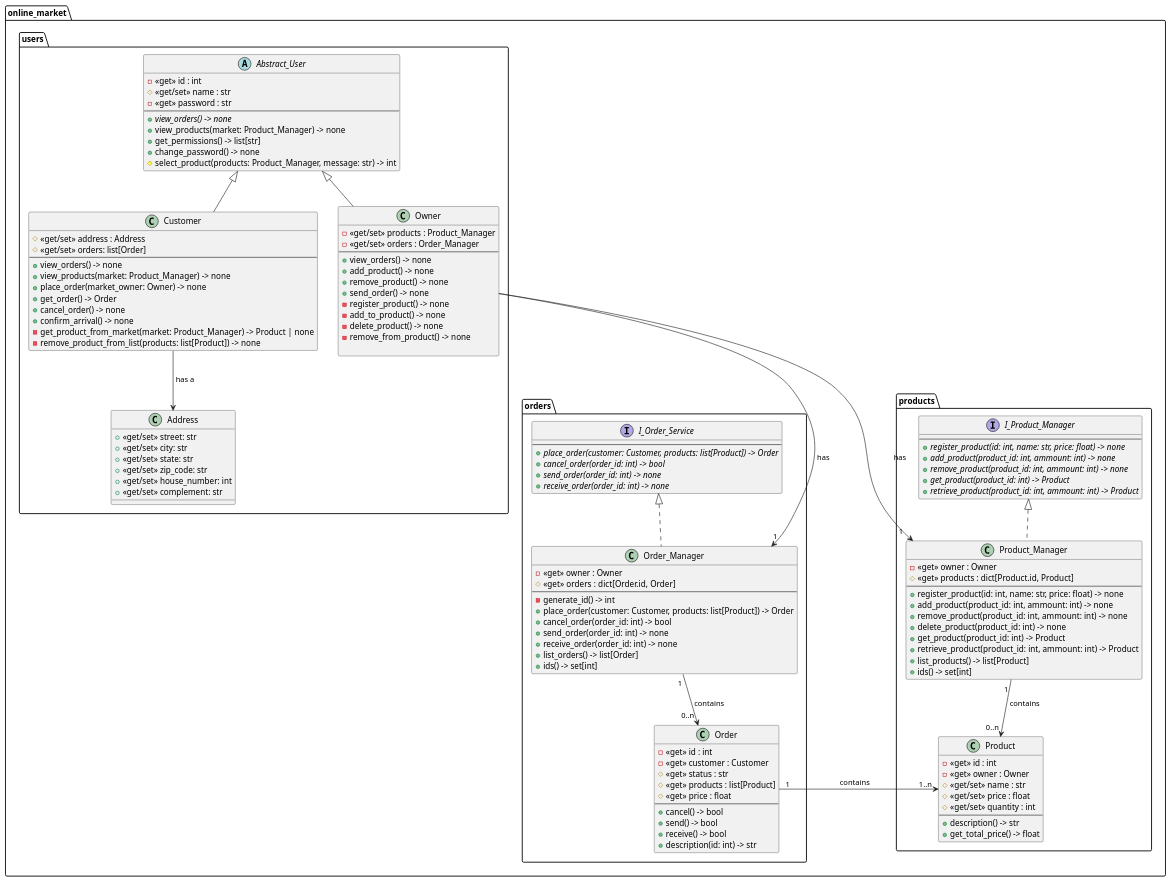
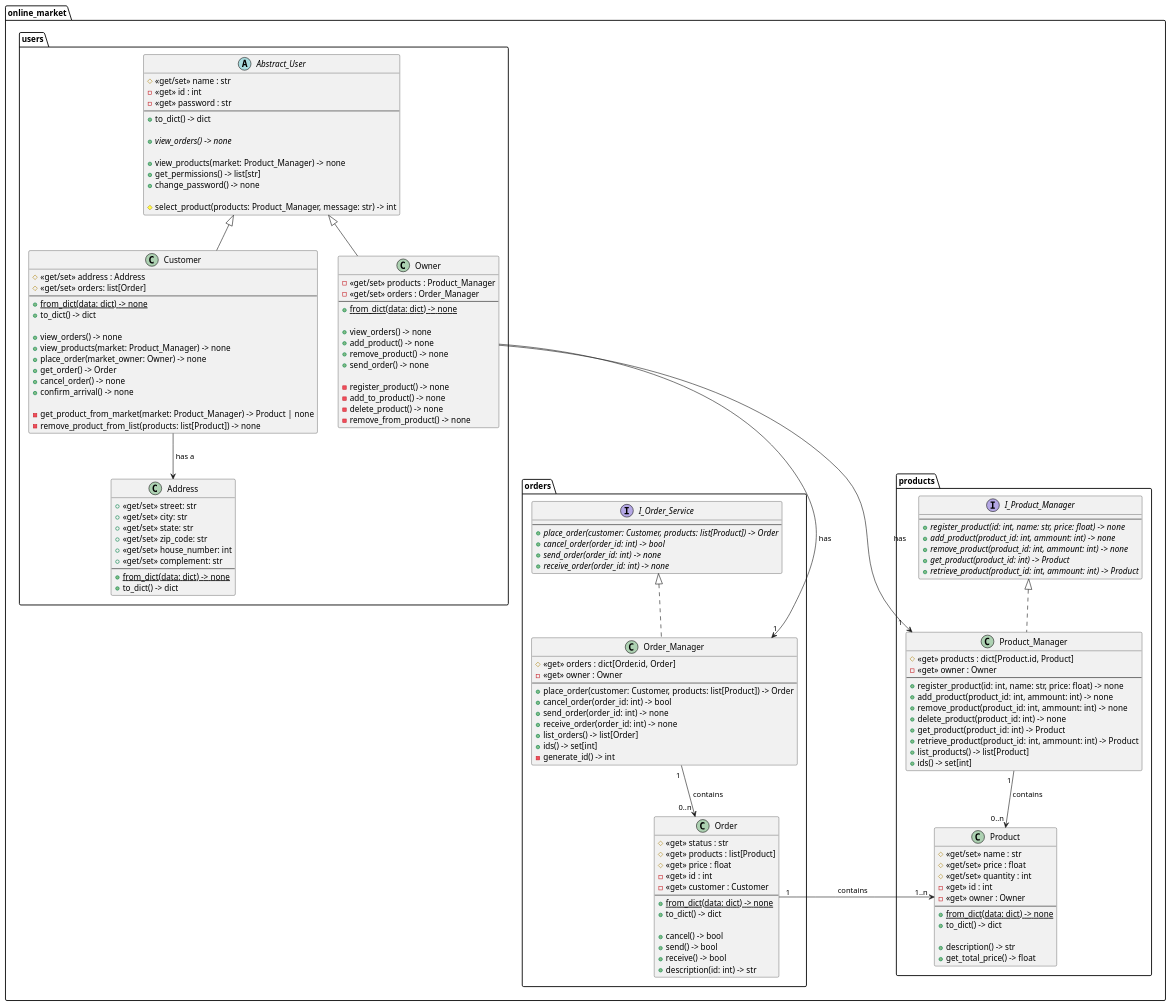
One commit to Brugger-UFMG/Online-Market changed the diagram in docs/diagrama_uml.puml. Above: the diagram before and after it, drawn with PlantUML.

Commit message:
Versão final de docs.

```diff
--- a/docs/diagrama_uml.puml
+++ b/docs/diagrama_uml.puml
@@ -1,150 +1,169 @@
 @startuml online_market
 
 package online_market {
     package orders {
         interface I_Order_Service {
             --
             + {abstract} place_order(customer: Customer, products: list[Product]) -> Order
             + {abstract} cancel_order(order_id: int) -> bool
             + {abstract} send_order(order_id: int) -> none
             + {abstract} receive_order(order_id: int) -> none
         }
 
         class Order_Manager {
+            # «get» orders : dict[Order.id, Order]
             - «get» owner : Owner
-            # «get» orders : dict[Order.id, Order]
             --
-            - generate_id() -> int
             + place_order(customer: Customer, products: list[Product]) -> Order
             + cancel_order(order_id: int) -> bool
             + send_order(order_id: int) -> none
             + receive_order(order_id: int) -> none
             + list_orders() -> list[Order]
             + ids() -> set[int]
+            - generate_id() -> int
         }
 
         class Order {
-            - «get» id : int
-            - «get» customer : Customer
             # «get» status : str
             # «get» products : list[Product]
             # «get» price : float
+            - «get» id : int
+            - «get» customer : Customer
             --
+            + {static} from_dict(data: dict) -> none
+            + to_dict() -> dict
+
             + cancel() -> bool
             + send() -> bool
             + receive() -> bool
             + description(id: int) -> str
         }
         
     }
 
     package products {
         interface I_Product_Manager {
             --
             + {abstract} register_product(id: int, name: str, price: float) -> none
             + {abstract} add_product(product_id: int, ammount: int) -> none
             + {abstract} remove_product(product_id: int, ammount: int) -> none
             + {abstract} get_product(product_id: int) -> Product
             + {abstract} retrieve_product(product_id: int, ammount: int) -> Product
         }
 
         class Product_Manager {
+            # «get» products : dict[Product.id, Product]
             - «get» owner : Owner
-            # «get» products : dict[Product.id, Product]
             --
             + register_product(id: int, name: str, price: float) -> none
             + add_product(product_id: int, ammount: int) -> none
             + remove_product(product_id: int, ammount: int) -> none
             + delete_product(product_id: int) -> none
             + get_product(product_id: int) -> Product
             + retrieve_product(product_id: int, ammount: int) -> Product
             + list_products() -> list[Product]
             + ids() -> set[int]
         }
 
         class Product {
-            - «get» id : int
-            - «get» owner : Owner
             # «get/set» name : str 
             # «get/set» price : float
             # «get/set» quantity : int
+            - «get» id : int
+            - «get» owner : Owner
             --
+            + {static} from_dict(data: dict) -> none
+            + to_dict() -> dict
+
             + description() -> str
             + get_total_price() -> float
         }
     }
 
     package users {
         abstract class Abstract_User {
+            # «get/set» name : str
             - «get» id : int
-            # «get/set» name : str
             - «get» password : str 
             --
+            + to_dict() -> dict
+
             + {abstract} view_orders() -> none
+
             + view_products(market: Product_Manager) -> none
             + get_permissions() -> list[str]
             + change_password() -> none
+
             # select_product(products: Product_Manager, message: str) -> int
         }
 
         class Owner {
             - «get/set» products : Product_Manager
             - «get/set» orders : Order_Manager
             --
+            + {static} from_dict(data: dict) -> none
+
             + view_orders() -> none
             + add_product() -> none
             + remove_product() -> none
             + send_order() -> none
+
             - register_product() -> none
             - add_to_product() -> none
             - delete_product() -> none
             - remove_from_product() -> none
-
         }
 
         class Customer {
             # «get/set» address : Address
             # «get/set» orders: list[Order]
             --
+            + {static} from_dict(data: dict) -> none
+            + to_dict() -> dict
+
             + view_orders() -> none
             + view_products(market: Product_Manager) -> none
             + place_order(market_owner: Owner) -> none
             + get_order() -> Order
             + cancel_order() -> none
             + confirm_arrival() -> none
+
             - get_product_from_market(market: Product_Manager) -> Product | none
             - remove_product_from_list(products: list[Product]) -> none
         }
 
         class Address {
             + «get/set» street: str
             + «get/set» city: str
             + «get/set» state: str
             + «get/set» zip_code: str
             + «get/set» house_number: int
             + «get/set» complement: str
+            --
+            + {static} from_dict(data: dict) -> none
+            + to_dict() -> dict
         }
     }
 }
 
 ' orders
 I_Order_Service <|.down. Order_Manager
 Product " 1..n " <-right-- " 1 " Order : " contains     "
 
 Order_Manager " 1 " -down-> " 0..n " Order : " contains "
 
 ' products
 I_Product_Manager <|.down. Product_Manager
 
 Product_Manager " 1 " -down-> " 0..n " Product : " contains "
 
 ' users
 Abstract_User <|-- Owner
 Abstract_User <|-- Customer
 
 Owner -down--> " 1 " Order_Manager : " has "
 Owner -down--> " 1 " Product_Manager : " has "
 Customer -down-> Address : " has a "
 
 
 @enduml
```
